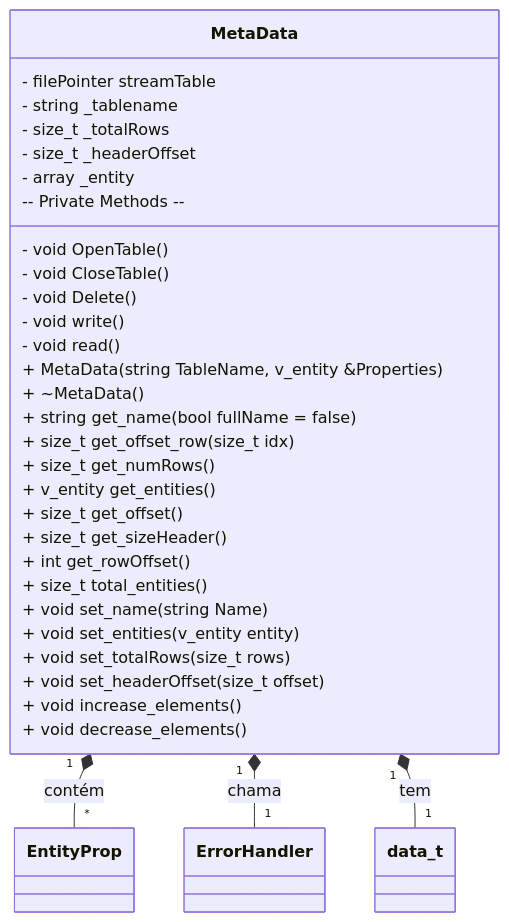
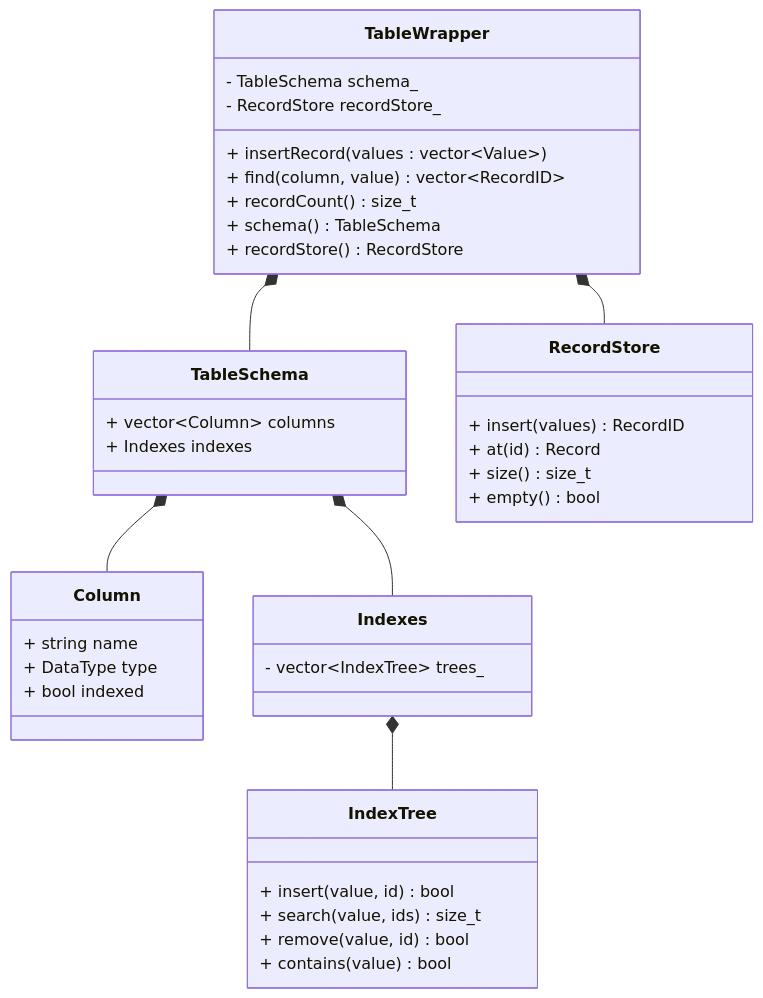
Before and after one commit to MBGustav/ORI: the second of 3 diagrams in README.md, drawn with Mermaid. The commit also changed other lines of this file, not shown here.

Commit message:
update readme architecture

````diff
--- a/README.md
+++ b/README.md
@@ -48,40 +69,47 @@
 ```mermaid
 classDiagram
-    class MetaData {
-        - filePointer streamTable
-        - string _tablename
-        - size_t _totalRows
-        - size_t _headerOffset
-        - array _entity
-        
-        -- Private Methods --
-        - void OpenTable()
-        - void CloseTable()
-        - void Delete()
-        - void write()
-        - void read()
-        
-        + MetaData(string TableName, v_entity &Properties)
-        + ~MetaData()
-        + string get_name(bool fullName = false)
-        + size_t get_offset_row(size_t idx)
-        + size_t get_numRows()
-        + v_entity get_entities()
-        + size_t get_offset()
-        + size_t get_sizeHeader()
-        + int get_rowOffset()
-        + size_t total_entities()
-        + void set_name(string Name)
-        + void set_entities(v_entity entity)
-        + void set_totalRows(size_t rows)
-        + void set_headerOffset(size_t offset)
-        + void increase_elements()
-        + void decrease_elements()
-    }   
+    class TableWrapper {
+        - TableSchema schema_
+        - RecordStore recordStore_
+        + insertRecord(values : vector~Value~)
+        + find(column, value) vector~RecordID~
+        + recordCount() size_t
+        + schema() TableSchema
+        + recordStore() RecordStore
+    }
 
-    class ErrorHandler
+    class TableSchema {
+        + vector~Column~ columns
+        + Indexes indexes
+    }
 
-    MetaData "1" *-- "*" EntityProp : contém
-    MetaData "1" *-- "1" ErrorHandler : chama
-    MetaData "1" *-- "1" data_t : tem
+    class Column {
+        + string name
+        + DataType type
+        + bool indexed
+    }
+
+    class Indexes {
+        - vector~IndexTree~ trees_
+    }
+
+    class IndexTree {
+        + insert(value, id) bool
+        + search(value, ids) size_t
+        + remove(value, id) bool
+        + contains(value) bool
+    }
+
+    class RecordStore {
+        + insert(values) RecordID
+        + at(id) Record
+        + size() size_t
+        + empty() bool
+    }
+
+    TableWrapper *-- TableSchema
+    TableWrapper *-- RecordStore
+    TableSchema *-- Column
+    TableSchema *-- Indexes
+    Indexes *-- IndexTree
 ```
````
